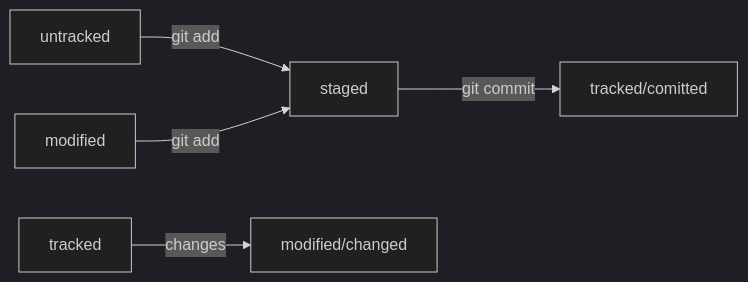
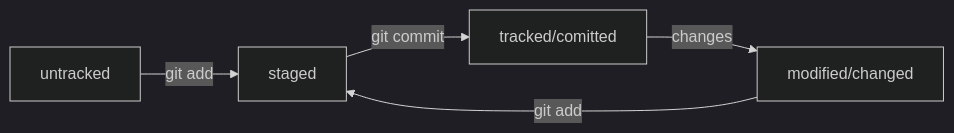
The diagram in README.md (Scarsgard-S/Console-Commands-and-GitHub-Guide), drawn with Mermaid (dark theme) before and after one commit.

Commit message:
Сделать все элементы Mermaid-схемы связанными друг с другом

````diff
--- a/README.md
+++ b/README.md
@@ -139,7 +139,7 @@
 ```mermaid
 graph LR;
   untracked -- "git add" --> staged;
   staged -- "git commit" --> tracked/comitted;
-  tracked -- "changes" --> modified/changed 
-  modified -- "git add" --> staged
+  tracked/comitted -- "changes" --> modified/changed 
+  modified/changed -- "git add" --> staged
 ``` 
````
